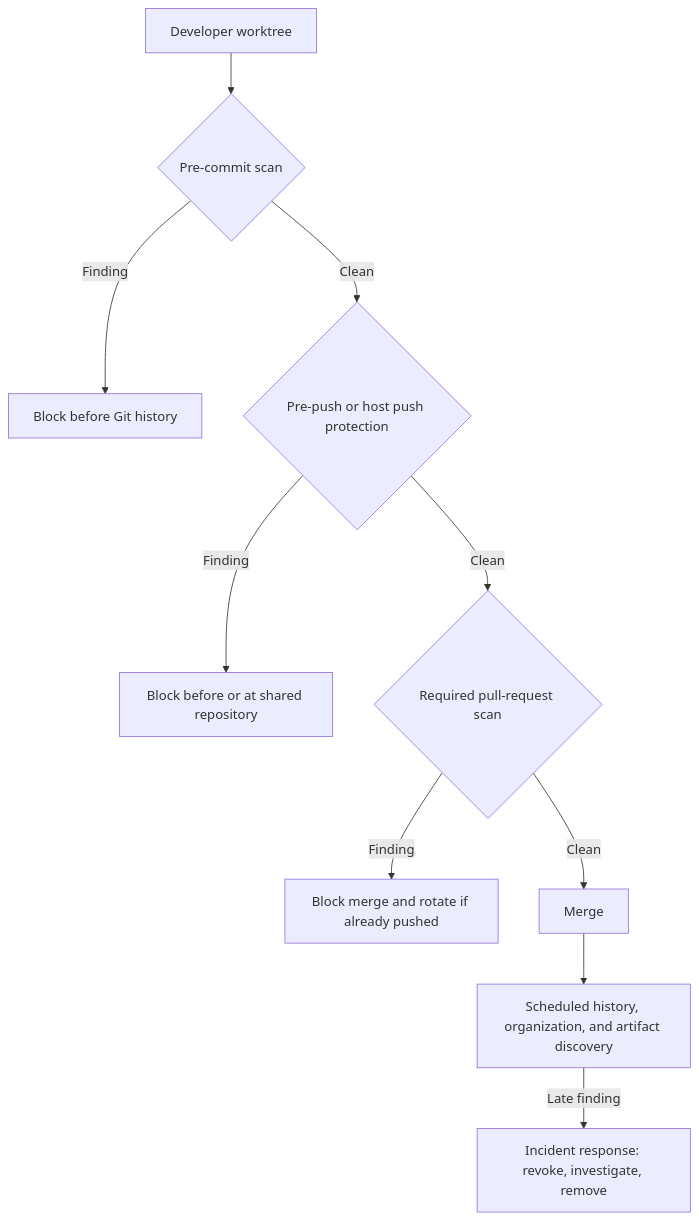
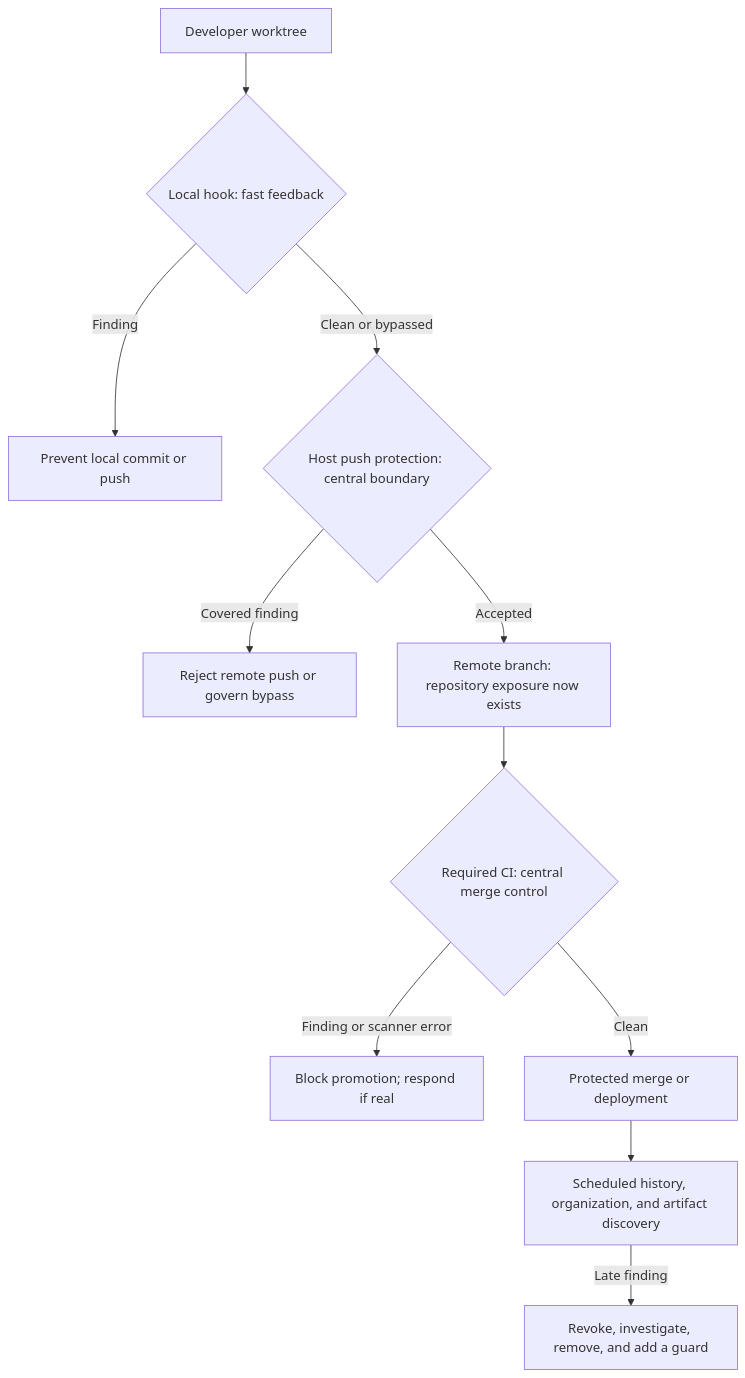
Before and after one commit to llody9977/secret-scan: the diagram in secret-scanning.md, drawn with Mermaid. The commit also changed other lines of this file and 39 other files, not shown here.

````diff
--- a/secret-scanning.md
+++ b/secret-scanning.md
@@ -63,12 +73,13 @@
 ```mermaid
 flowchart TD
-    A["Developer worktree"] --> B{"Pre-commit scan"}
-    B -->|"Finding"| X["Block before Git history"]
-    B -->|"Clean"| C{"Pre-push or host push protection"}
-    C -->|"Finding"| Y["Block before or at shared repository"]
-    C -->|"Clean"| D{"Required pull-request scan"}
-    D -->|"Finding"| Z["Block merge and rotate if already pushed"]
-    D -->|"Clean"| E["Merge"]
-    E --> F["Scheduled history, organization, and artifact discovery"]
-    F -->|"Late finding"| G["Incident response: revoke, investigate, remove"]
+    A["Developer worktree"] --> B{"Local hook: fast feedback"}
+    B -->|"Finding"| X["Prevent local commit or push"]
+    B -->|"Clean or bypassed"| C{"Host push protection: central boundary"}
+    C -->|"Covered finding"| Y["Reject remote push or govern bypass"]
+    C -->|"Accepted"| D["Remote branch: repository exposure now exists"]
+    D --> E{"Required CI: central merge control"}
+    E -->|"Finding or scanner error"| Z["Block promotion; respond if real"]
+    E -->|"Clean"| F["Protected merge or deployment"]
+    F --> G["Scheduled history, organization, and artifact discovery"]
+    G -->|"Late finding"| H["Revoke, investigate, remove, and add a guard"]
 ```
````
